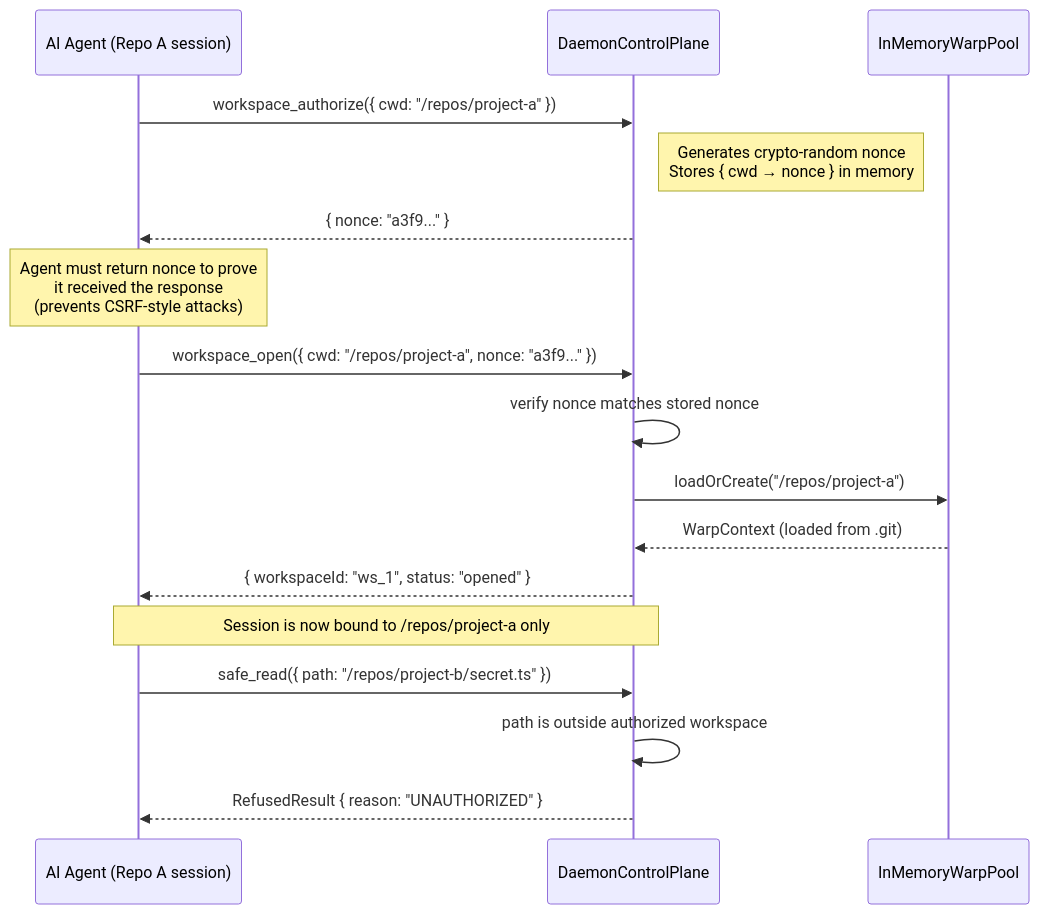
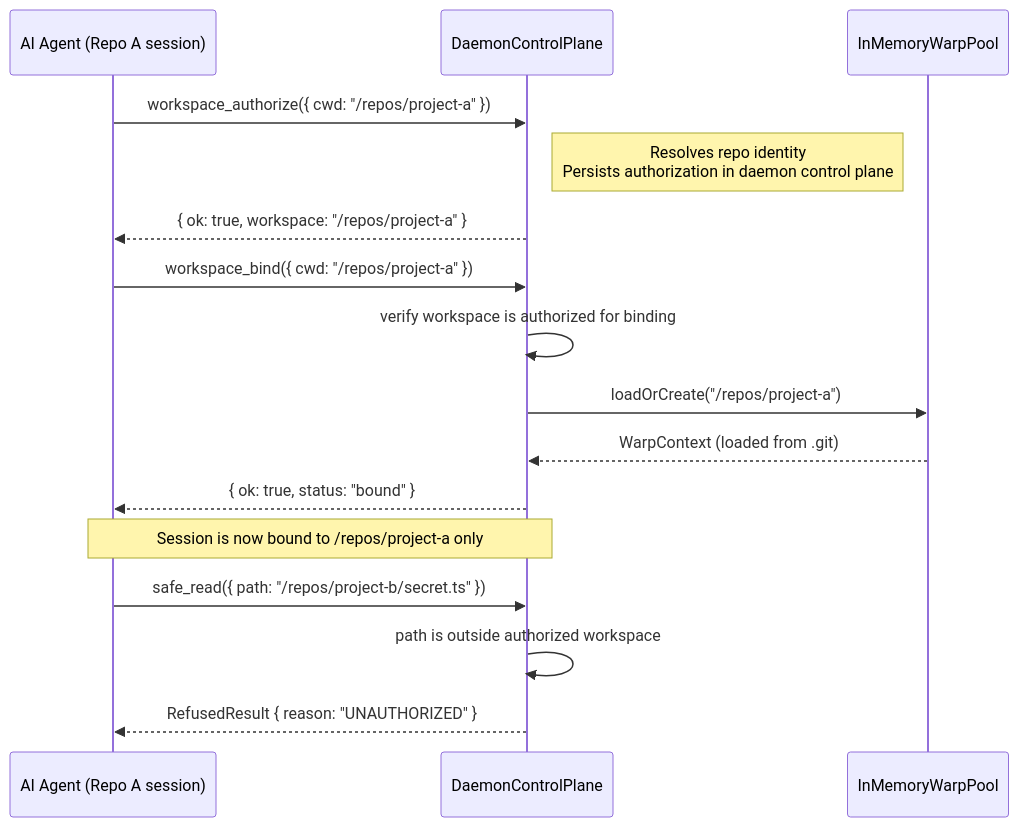
One commit to flyingrobots/graft changed diagram 12 of 29 in docs/TECHNICAL_TEARDOWN.md. Above: the diagram before and after it, drawn with Mermaid. The commit also changed other lines of this file and 1 other file, not shown here.

Commit message:
docs: correct public architecture docs

````diff
--- a/docs/TECHNICAL_TEARDOWN.md
+++ b/docs/TECHNICAL_TEARDOWN.md
@@ -788,24 +816,22 @@
 ```mermaid
 sequenceDiagram
     participant Agent as AI Agent (Repo A session)
     participant CP as DaemonControlPlane
     participant WARP as InMemoryWarpPool
 
     Agent->>CP: workspace_authorize({ cwd: "/repos/project-a" })
-    Note right of CP: Generates crypto-random nonce<br />Stores { cwd → nonce } in memory
-    CP-->>Agent: { nonce: "a3f9..." }
+    Note right of CP: Resolves repo identity<br />Persists authorization in daemon control plane
+    CP-->>Agent: { ok: true, workspace: "/repos/project-a" }
 
-    Note over Agent: Agent must return nonce to prove<br />it received the response<br />(prevents CSRF-style attacks)
-
-    Agent->>CP: workspace_open({ cwd: "/repos/project-a", nonce: "a3f9..." })
-    CP->>CP: verify nonce matches stored nonce
+    Agent->>CP: workspace_bind({ cwd: "/repos/project-a" })
+    CP->>CP: verify workspace is authorized for binding
     CP->>WARP: loadOrCreate("/repos/project-a")
     WARP-->>CP: WarpContext (loaded from .git)
-    CP-->>Agent: { workspaceId: "ws_1", status: "opened" }
+    CP-->>Agent: { ok: true, status: "bound" }
 
     Note over Agent,CP: Session is now bound to /repos/project-a only
 
     Agent->>CP: safe_read({ path: "/repos/project-b/secret.ts" })
     CP->>CP: path is outside authorized workspace
     CP-->>Agent: RefusedResult { reason: "UNAUTHORIZED" }
 ```
````
